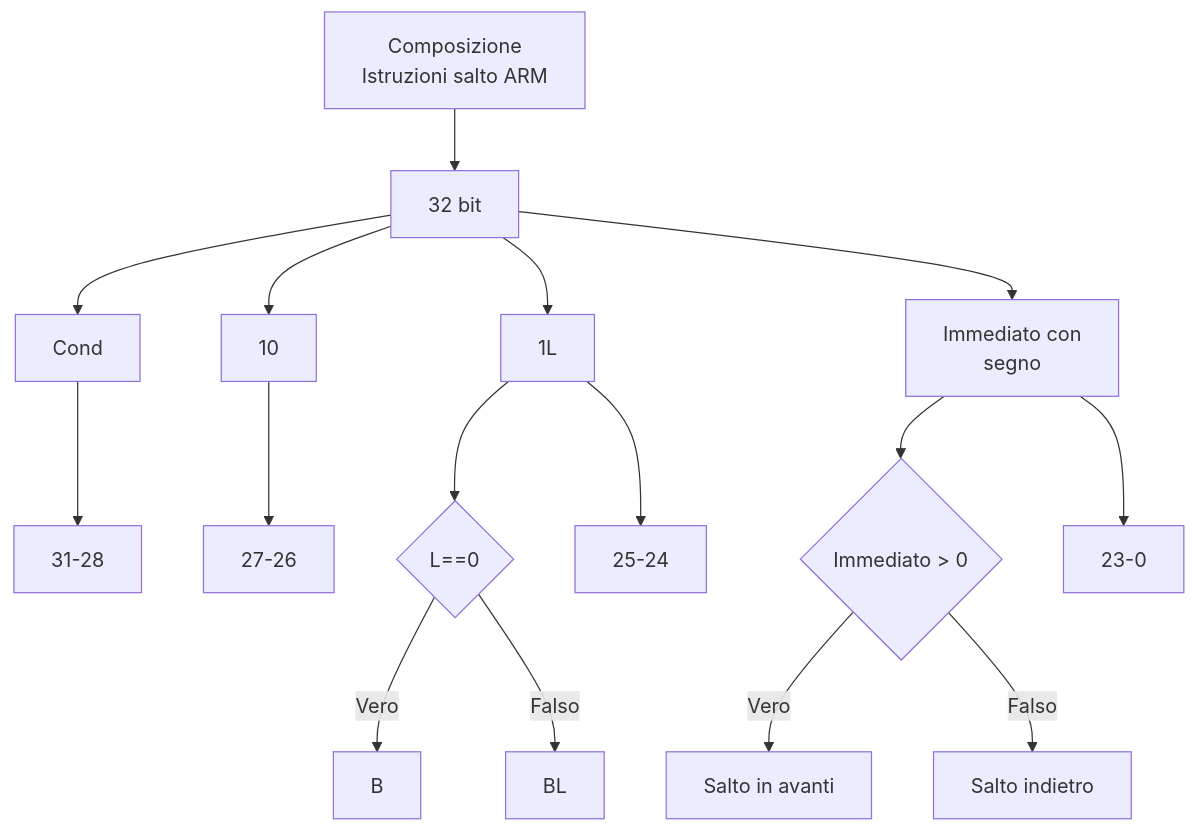
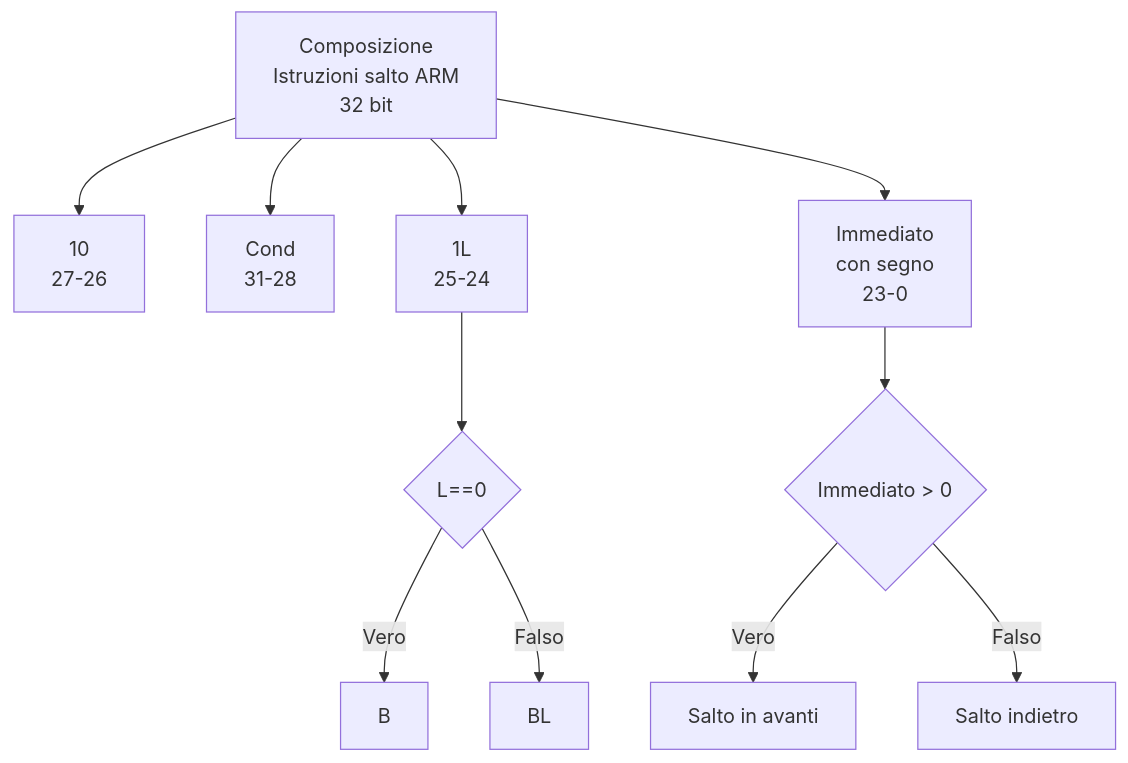
One commit to Firi0n/appunti-AESO changed the third of 7 diagrams in readme.md. Above: the diagram before and after it, drawn with Mermaid. The commit also changed other lines of this file, not shown here.

````diff
--- a/readme.md
+++ b/readme.md
@@ -985,13 +1049,11 @@
 ```mermaid
 graph TD
-  Title[Composizione<br>Istruzioni salto ARM] --> TotalBit[32 bit]
-  TotalBit --> Cond --> CondBit[31-28]
-  TotalBit --> 10 --> OpBit[27-26]
-  TotalBit --> 1L --> L0{L==0} -->|Vero| B
+  Title[Composizione<br>Istruzioni salto ARM<br>32 bit]
+  Title --> Cond[Cond<br>31-28]
+  Title --> 10[10<br>27-26]
+  Title --> 1L[1L<br>25-24] --> L0{L==0} -->|Vero| B
   L0 -->|Falso| BL
-  1L --> FunctBit[25-24]
-  TotalBit --> Immediate[Immediato con<br>segno] --> Imm0{Immediato > 0}
+  Title --> Immediate[Immediato<br>con segno<br>23-0] --> Imm0{Immediato > 0}
   Imm0-->|Vero| SA[Salto in avanti]
   Imm0-->|Falso| SI[Salto indietro]
-  Immediate --> ImmBit[23-0]
 ```
````
